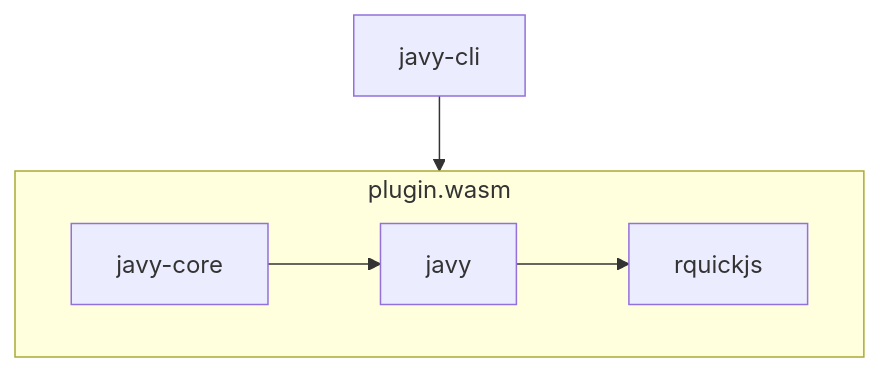
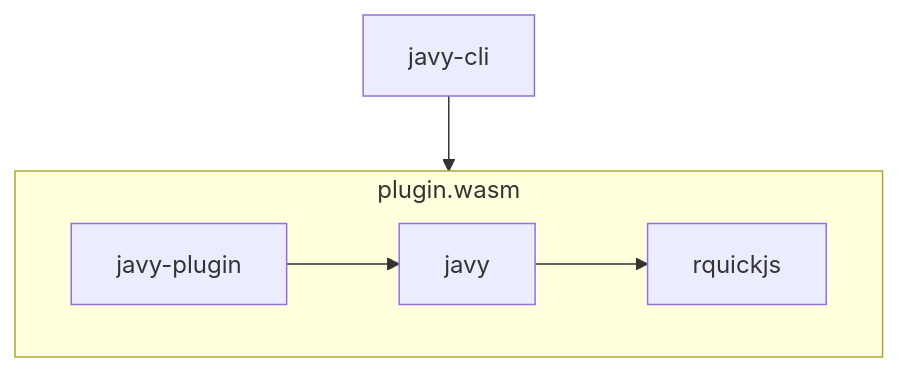
The diagram in docs/docs-contributing-architecture.md (bytecodealliance/javy), drawn with Mermaid before and after one commit. The commit also changed other lines of this file and 17 other files, not shown here.

Commit message:
Rename javy-core to javy-plugin

````diff
--- a/docs/docs-contributing-architecture.md
+++ b/docs/docs-contributing-architecture.md
@@ -7,8 +7,8 @@
 ```mermaid
 flowchart TD
   javy-cli --> wasm
   subgraph wasm[plugin.wasm]
-  javy-core --> javy
+  javy-plugin --> javy
   javy --> rquickjs
   end
 ```
````
